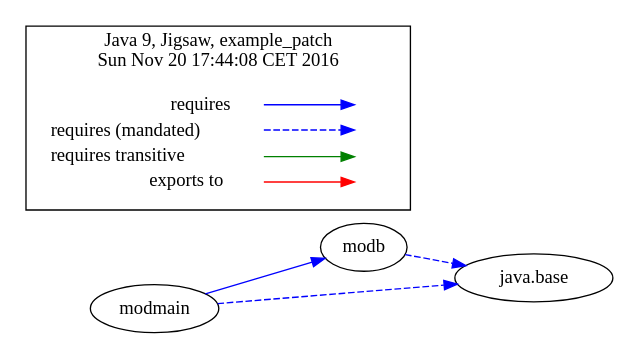
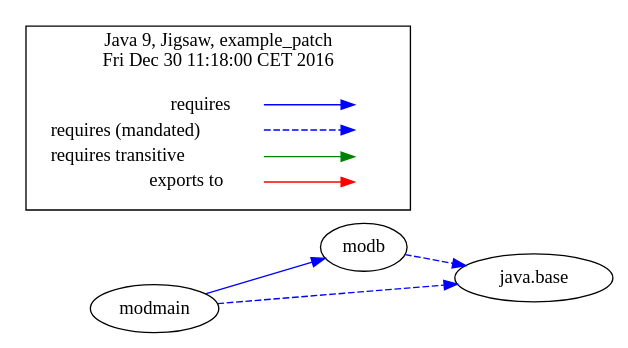
The diagram in jigsaw-examples/example_patch/moduledependencies-withlegend.dot (accso/java9-jigsaw-examples), drawn with Graphviz before and after one commit. The commit also changed 81 other files, not shown here.

```diff
--- a/jigsaw-examples/example_patch/moduledependencies-withlegend.dot
+++ b/jigsaw-examples/example_patch/moduledependencies-withlegend.dot
@@ -1,32 +1,32 @@
-# Created by depvis.JigsawDepVisualizer on Sun Nov 20 17:44:08 CET 2016
+# Created by depvis.JigsawDepVisualizer on Fri Dec 30 11:18:00 CET 2016
 digraph Java9_Dependency_Visualizer {
 modmain[fontname="Consolas",shape="ellipse",label="modmain"];
 modb[fontname="Consolas",shape="ellipse",label="modb"];
 java_base[fontname="Consolas",shape="ellipse",label="java.base"];
 modmain -> modb[color="#0000ff",fontname="Consolas",fontcolor="#0000ff",weight="8"]
 modmain -> java_base[color="#0000ff",fontname="Consolas",fontcolor="#0000ff",style="dashed",weight="16"]
 modb -> java_base[color="#0000ff",fontname="Consolas",fontcolor="#0000ff",style="dashed",weight="16"]
 rankdir=LR
 node [shape=plaintext]
 subgraph cluster_01 { 
   label = "Java 9, Jigsaw, example_patch
-Sun Nov 20 17:44:08 CET 2016"
+Fri Dec 30 11:18:00 CET 2016"
   fontname="Consolas"
   key [label=<<table border="0" cellpadding="2" cellspacing="0" cellborder="0">
     <tr><td align="right" port="i1">requires</td></tr>
     <tr><td align="right" port="i2">requires (mandated)</td></tr>
     <tr><td align="right" port="i3">requires transitive</td></tr>
     <tr><td align="right" port="i4">exports to</td></tr>
     </table>>,fontname="Consolas"]
   key2 [label=<<table border="0" cellpadding="2" cellspacing="0" cellborder="0">
     <tr><td port="i1">&nbsp;</td></tr>
     <tr><td port="i2">&nbsp;</td></tr>
     <tr><td port="i3">&nbsp;</td></tr>
     <tr><td port="i4">&nbsp;</td></tr>
     </table>>,fontname="Consolas"]
   key:i1:e -> key2:i1:w [color=BLUE]
   key:i2:e -> key2:i2:w [color=BLUE, style=dashed]
   key:i3:e -> key2:i3:w [color=GREEN]
   key:i4:e -> key2:i4:w [color=RED]
 }
 }
```
